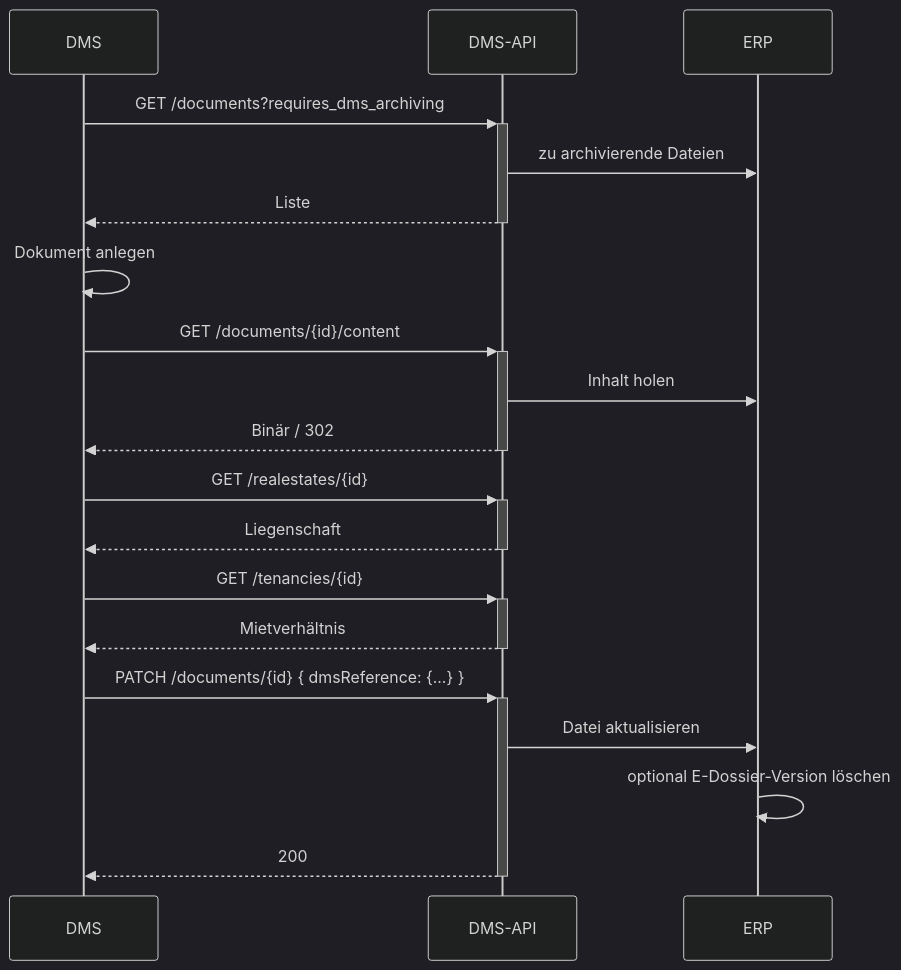
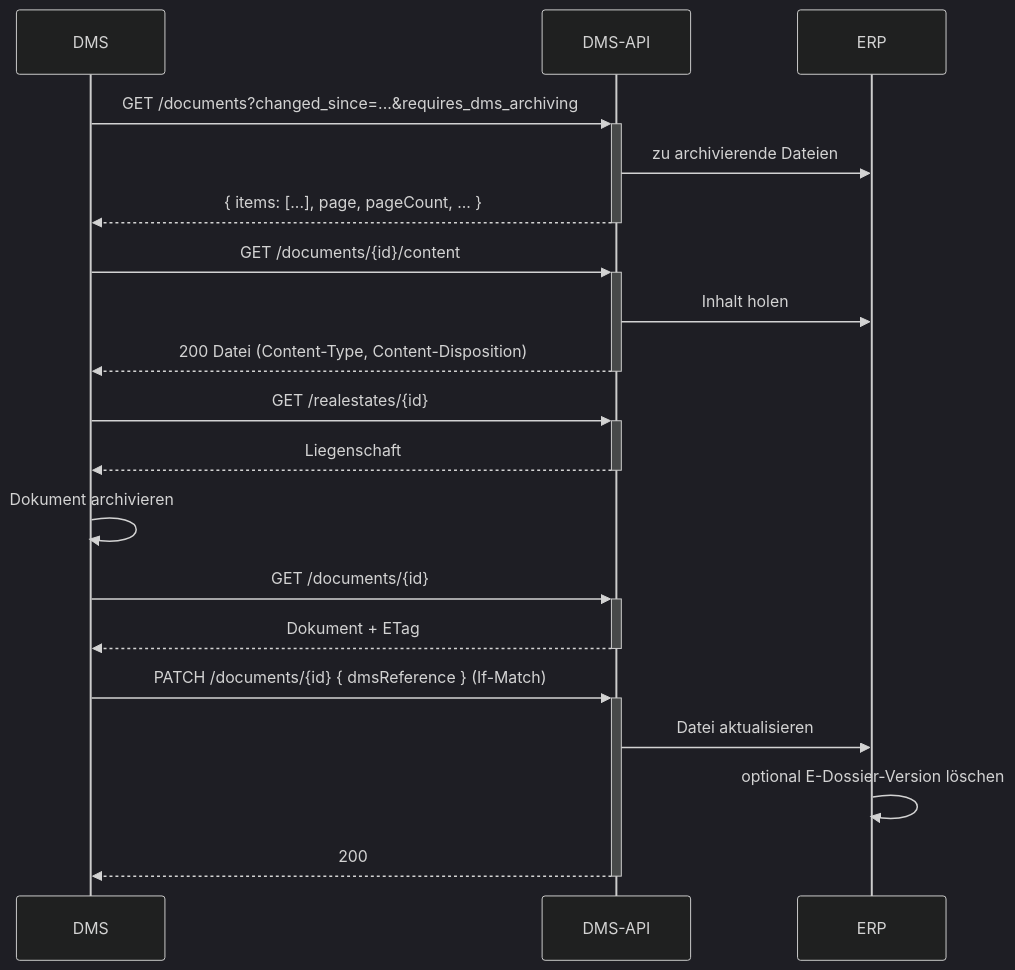
One commit to wwimmo/ww-dms-api changed the diagram in docs/2-anleitungen/3-dokument-archivieren.md. Above: the diagram before and after it, drawn with Mermaid (dark theme). The commit also changed other lines of this file and 37 other files, not shown here.

````diff
--- a/docs/2-anleitungen/3-dokument-archivieren.md
+++ b/docs/2-anleitungen/3-dokument-archivieren.md
@@ -59,21 +75,21 @@
 ```mermaid
 sequenceDiagram
   participant DMS
   participant API as DMS-API
   participant ERP
-  DMS->>+API: GET /documents?requires_dms_archiving
+  DMS->>+API: GET /documents?changed_since=...&requires_dms_archiving
   API->>ERP: zu archivierende Dateien
-  API-->>-DMS: Liste
-  DMS->>DMS: Dokument anlegen
+  API-->>-DMS: { items: [...], page, pageCount, ... }
   DMS->>+API: GET /documents/{id}/content
   API->>ERP: Inhalt holen
-  API-->>-DMS: Binär / 302
+  API-->>-DMS: 200 Datei (Content-Type, Content-Disposition)
   DMS->>+API: GET /realestates/{id}
   API-->>-DMS: Liegenschaft
-  DMS->>+API: GET /tenancies/{id}
-  API-->>-DMS: Mietverhältnis
-  DMS->>+API: PATCH /documents/{id} { dmsReference: {...} }
+  DMS->>DMS: Dokument archivieren
+  DMS->>+API: GET /documents/{id}
+  API-->>-DMS: Dokument + ETag
+  DMS->>+API: PATCH /documents/{id} { dmsReference } (If-Match)
   API->>ERP: Datei aktualisieren
   ERP->>ERP: optional E-Dossier-Version löschen
   API-->>-DMS: 200
 ```
````
